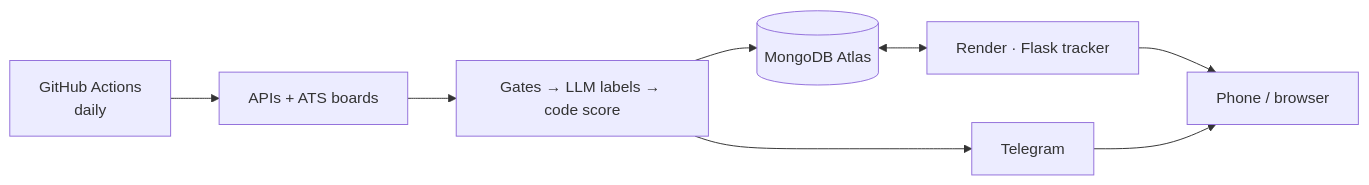
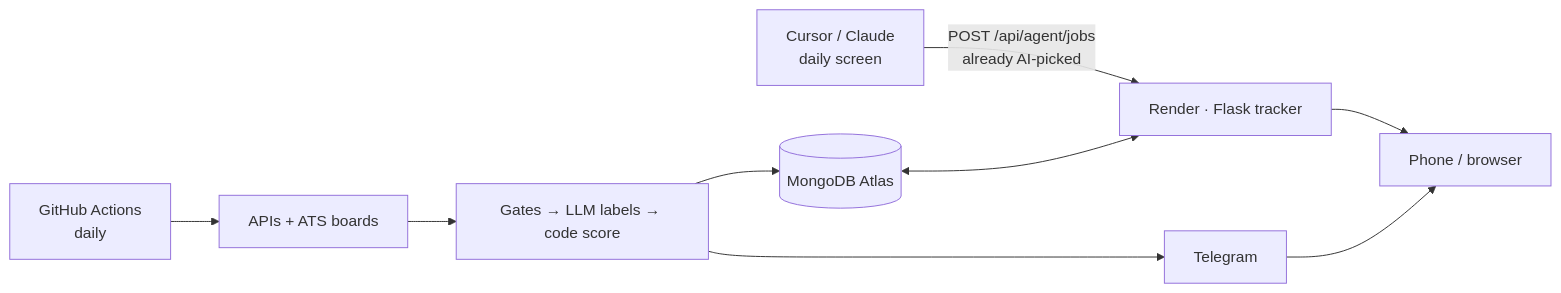
One commit to JialiNong/job_tracker changed the diagram in README.md. Above: the diagram before and after it, drawn with Mermaid. The commit also changed other lines of this file and 5 other files, not shown here.

````diff
--- a/README.md
+++ b/README.md
@@ -29,10 +70,11 @@
 ```mermaid
 flowchart LR
   GHA["GitHub Actions<br/>daily"] --> Sources["APIs + ATS boards"]
   Sources --> Matcher["Gates → LLM labels → code score"]
   Matcher --> Mongo[(MongoDB Atlas)]
   Matcher --> TG["Telegram"]
-  Mongo <--> Render["Render · Flask tracker"]
+  Agents["Cursor / Claude<br/>daily screen"] -->|"POST /api/agent/jobs<br/>already AI-picked"| Render["Render · Flask tracker"]
+  Mongo <--> Render
   Render --> User["Phone / browser"]
   TG --> User
 ```
````
